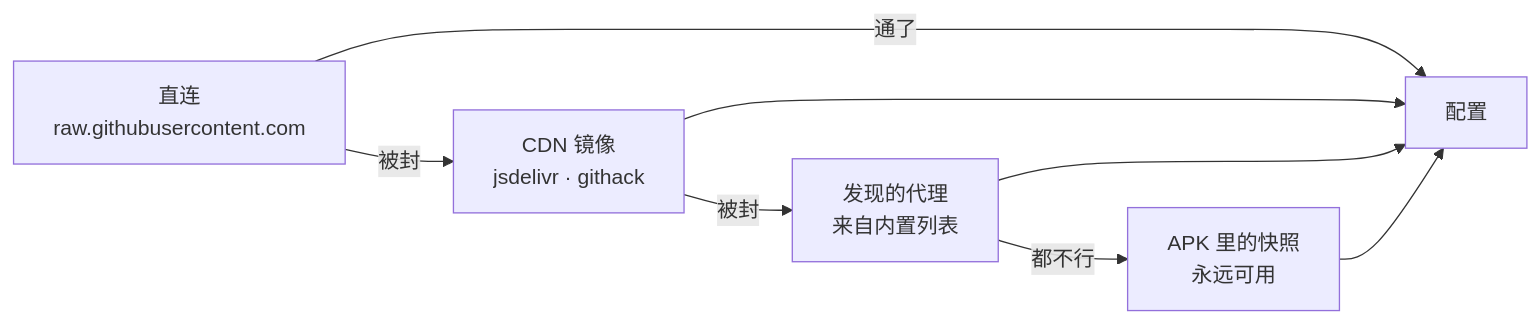
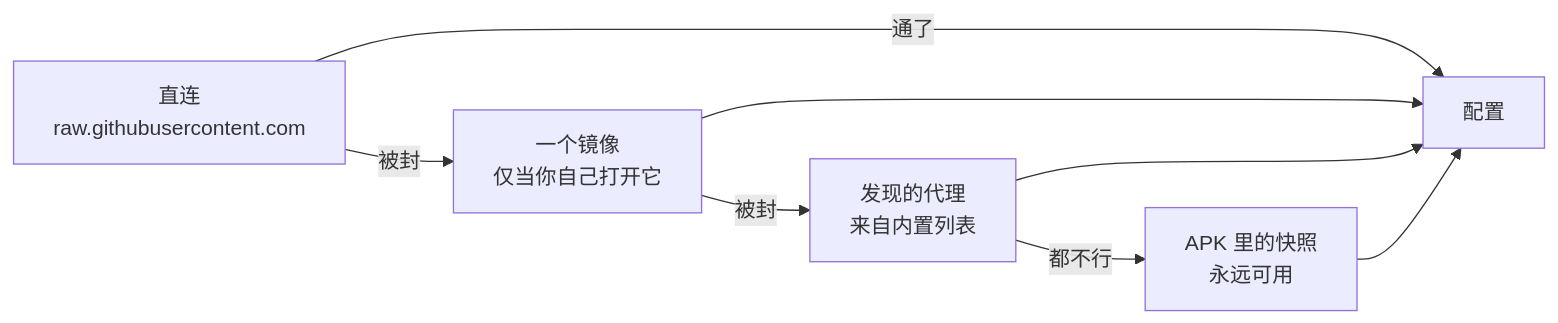
The diagram in README.zh.md (morpheusadam/v2rayV), drawn with Mermaid before and after one commit. The commit also changed other lines of this file and 3 other files, not shown here.

````diff
--- a/README.zh.md
+++ b/README.zh.md
@@ -91,10 +91,10 @@
 ```mermaid
 flowchart LR
-    A["直连<br/>raw.githubusercontent.com"] -->|被封| B["CDN 镜像<br/>jsdelivr · githack"]
+    A["直连<br/>raw.githubusercontent.com"] -->|被封| B["一个镜像<br/>仅当你自己打开它"]
     B -->|被封| C["发现的代理<br/>来自内置列表"]
     C -->|都不行| D["APK 里的快照<br/>永远可用"]
     A -->|通了| E["配置"]
     B --> E
     C --> E
     D --> E
 ```
````
